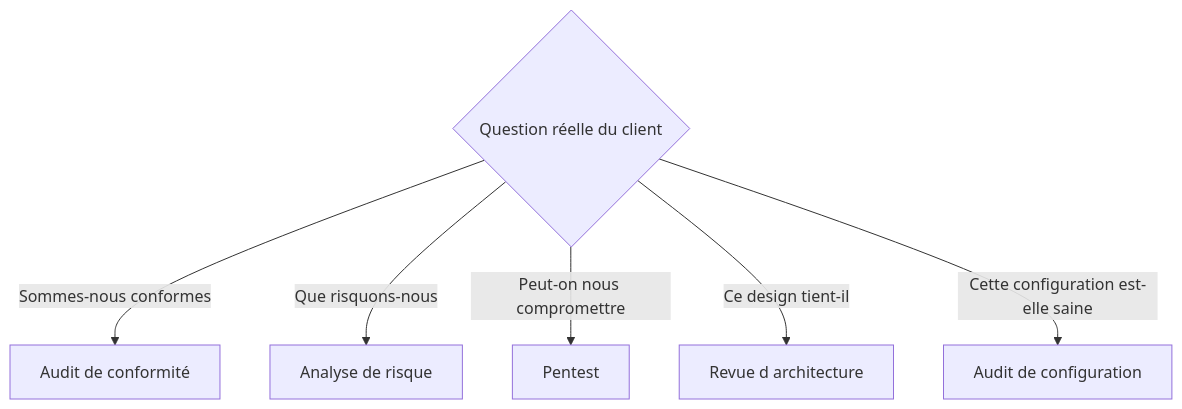
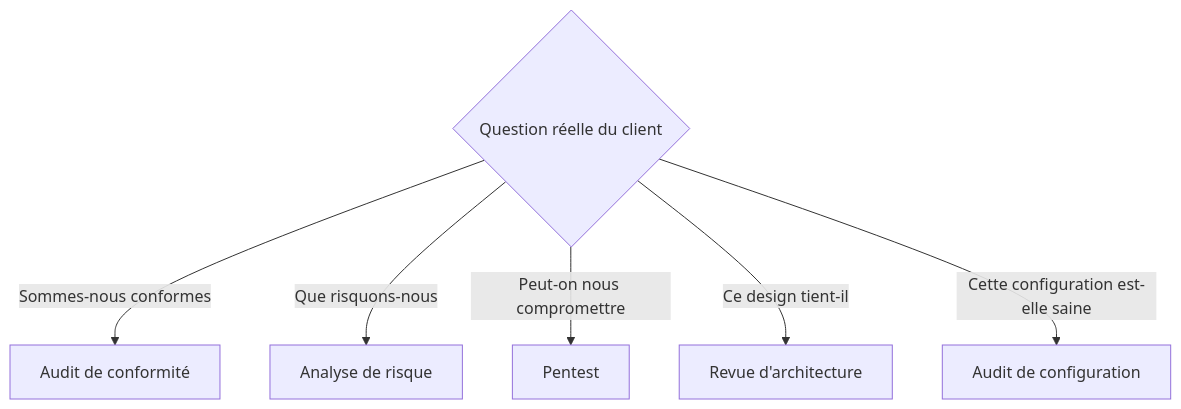
The second of 2 diagrams in courses/reseaux-cybersecurite/39_mission_projet_professionnel.md (Gooseppr/GevOps_LC), drawn with Mermaid before and after one commit. The commit also changed other lines of this file and 56 other files, not shown here.

````diff
--- a/courses/reseaux-cybersecurite/39_mission_projet_professionnel.md
+++ b/courses/reseaux-cybersecurite/39_mission_projet_professionnel.md
@@ -127,9 +127,9 @@
 ```mermaid
 flowchart TD
     Q{Question réelle du client}
     Q -->|Sommes-nous conformes| A1[Audit de conformité]
     Q -->|Que risquons-nous| A2[Analyse de risque]
     Q -->|Peut-on nous compromettre| A3[Pentest]
-    Q -->|Ce design tient-il| A4[Revue d architecture]
+    Q -->|Ce design tient-il| A4[Revue d'architecture]
     Q -->|Cette configuration est-elle saine| A5[Audit de configuration]
 ```
````
